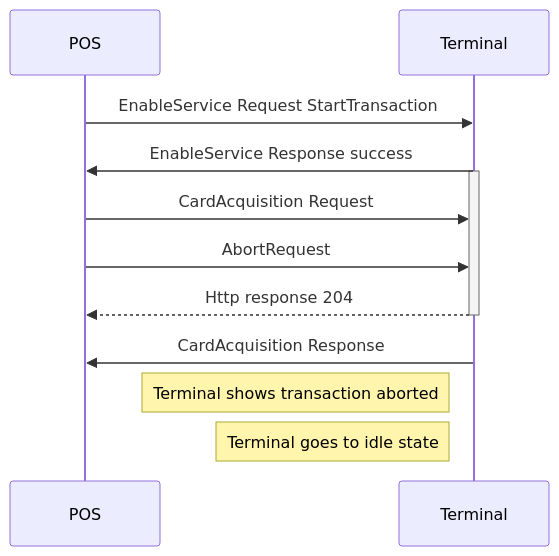
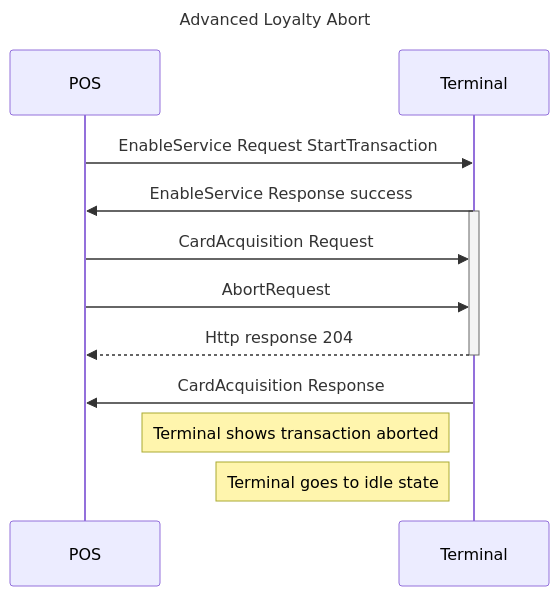
Before and after one commit to SwedbankPay/developer.swedbankpay.com: the second of 4 diagrams in pax-terminal/Nexo-Retailer/get-card-ahead.md, drawn with Mermaid. The commit also changed other lines of this file and 66 other files, not shown here.

Commit message:
Added titles in sequence diagrams

````diff
--- a/pax-terminal/Nexo-Retailer/get-card-ahead.md
+++ b/pax-terminal/Nexo-Retailer/get-card-ahead.md
@@ -39,15 +40,16 @@
 ```mermaid
 sequenceDiagram
+title: Advanced Loyalty Abort
 participant POS
 participant Terminal
     POS->>Terminal: EnableService Request StartTransaction
     Terminal->>POS: EnableService Response success
     activate Terminal
     POS->>Terminal: CardAcquisition Request
     POS->>Terminal: AbortRequest
     Terminal-->>POS: Http response 204
     deactivate Terminal
     Terminal->>POS: CardAcquisition Response
     Note left of Terminal: Terminal shows transaction aborted
     Note left of Terminal: Terminal goes to idle state
 ```
````
